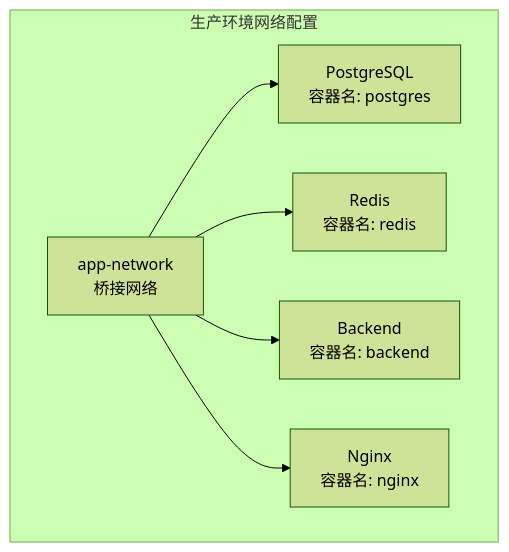
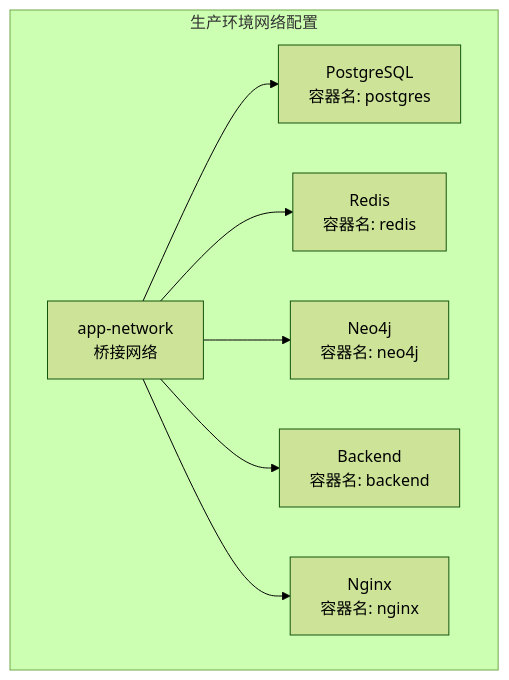
One commit to xfbyxq/ai-novel-system changed the ninth of 21 diagrams in .qoder/repowiki/zh/content/Docker Deployment.md. Above: the diagram before and after it, drawn with Mermaid (forest theme). The commit also changed other lines of this file and 19 other files, not shown here.

First line of the commit message:
feat(graph): 新增图数据库完整支持与AI聊天集成

````diff
--- a/.qoder/repowiki/zh/content/Docker Deployment.md
+++ b/.qoder/repowiki/zh/content/Docker Deployment.md
@@ -421,14 +467,16 @@
 ```mermaid
 graph TB
 subgraph "生产环境网络配置"
 APP_NETWORK[app-network<br/>桥接网络]
 POSTGRES[PostgreSQL<br/>容器名: postgres]
 REDIS[Redis<br/>容器名: redis]
+NEO4J[Neo4j<br/>容器名: neo4j]
 BACKEND[Backend<br/>容器名: backend]
 NGINX[Nginx<br/>容器名: nginx]
 end
 APP_NETWORK --> POSTGRES
 APP_NETWORK --> REDIS
+APP_NETWORK --> NEO4J
 APP_NETWORK --> BACKEND
 APP_NETWORK --> NGINX
 ```
````
